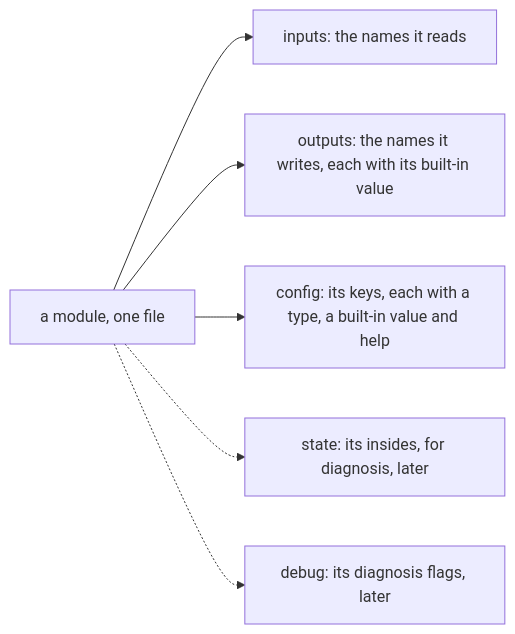
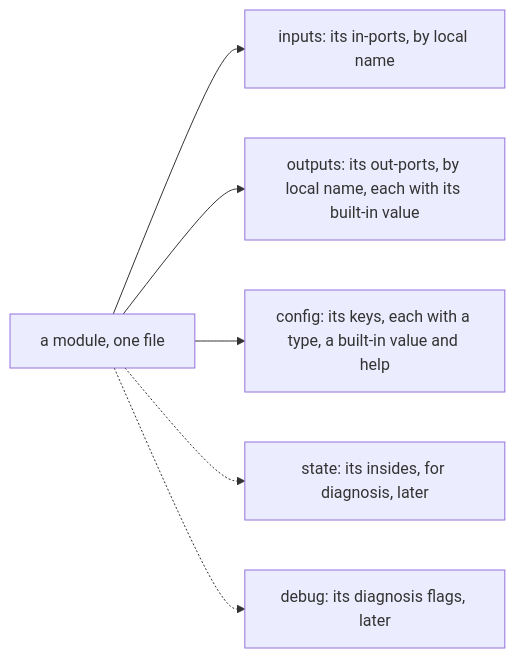
One commit to mb-89/quackitect changed the second of 9 diagrams in spec/design_output/model.md. Above: the diagram before and after it, drawn with Mermaid. The commit also changed other lines of this file and 6 other files, not shown here.

First line of the commit message:
the-foundation-closes-its-gaps: a module declares local ports, and one wiring file binds them

````diff
--- a/spec/design_output/model.md
+++ b/spec/design_output/model.md
@@ -114,9 +116,9 @@
 ```mermaid
 flowchart LR
   module["a module, one file"]
-  module --> inputs["inputs: the names it reads"]
-  module --> outputs["outputs: the names it writes, each with its built-in value"]
+  module --> inputs["inputs: its in-ports, by local name"]
+  module --> outputs["outputs: its out-ports, by local name, each with its built-in value"]
   module --> config["config: its keys, each with a type, a built-in value and help"]
   module -.-> state["state: its insides, for diagnosis, later"]
   module -.-> debug["debug: its diagnosis flags, later"]
 ```
````
